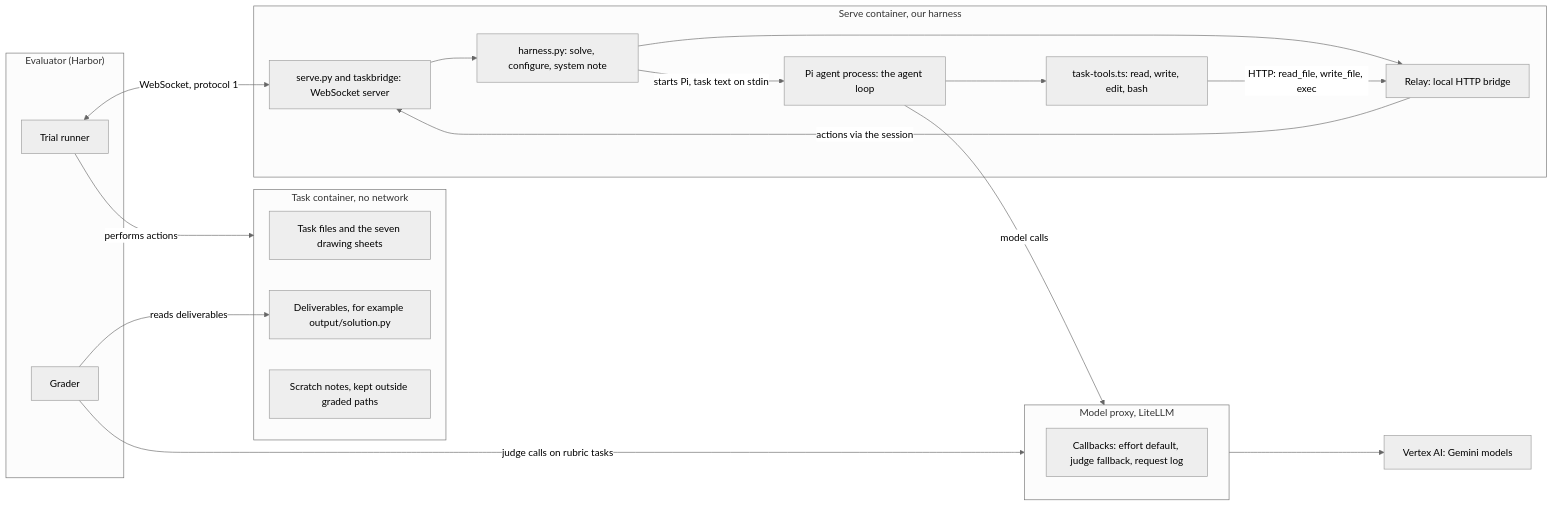
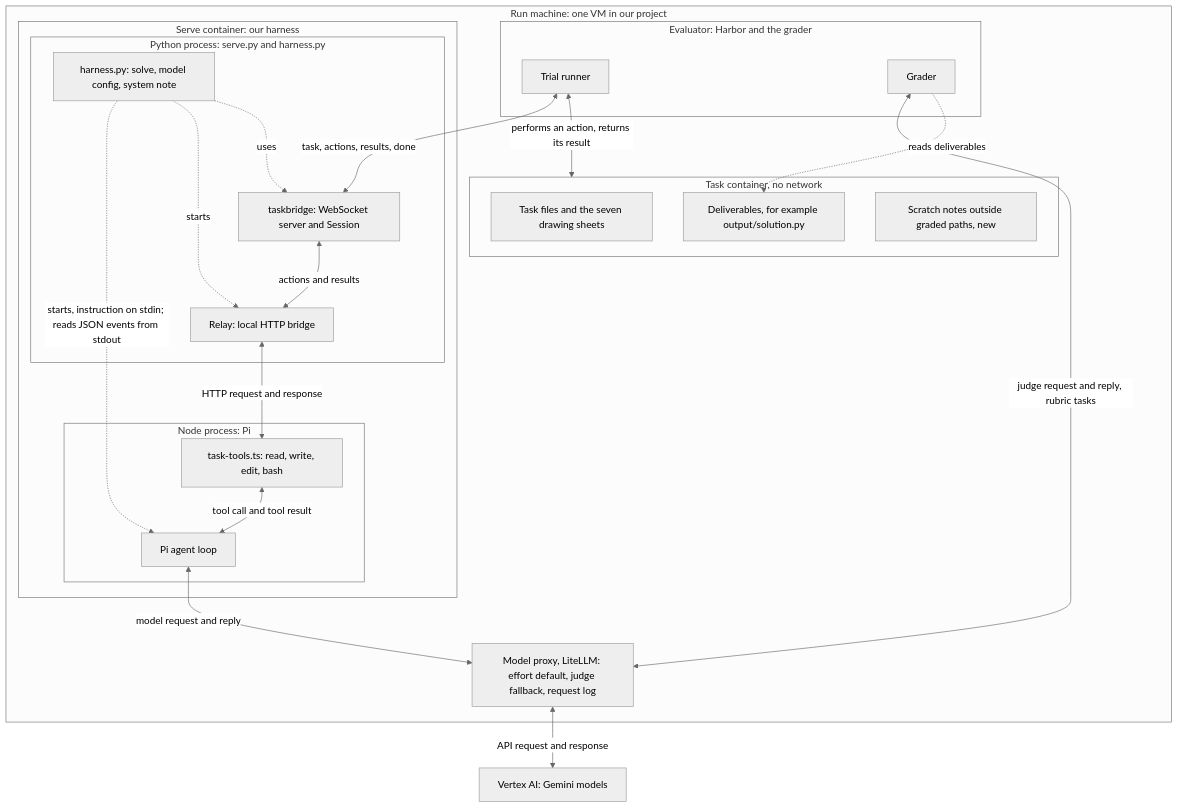
One commit to SophusRosendahl/ple-submission changed the first of 5 diagrams in docs/architecture-rung1.md. Above: the diagram before and after it, drawn with Mermaid (neutral theme). The commit also changed other lines of this file, not shown here.

Commit message:
Rung 1 UML review: request and response shown on every channel (double-headed arrows, legend), cancel path in the sequence, external and config stereotypes in the class diagram, top-down deployment
Claude-Session: https://claude.ai/code/session_01VAXg1Rv3qVZL8ddUfUoGP9

````diff
--- a/docs/architecture-rung1.md
+++ b/docs/architecture-rung1.md
@@ -34,35 +39,39 @@
 ```mermaid
-flowchart LR
-  subgraph EV["Evaluator (Harbor)"]
-    H["Trial runner"]
-    G["Grader"]
-  end
-  subgraph TC["Task container, no network"]
-    FS["Task files and the seven drawing sheets"]
-    OUT["Deliverables, for example output/solution.py"]
-    SCR["Scratch notes, kept outside graded paths"]
-  end
-  subgraph SC["Serve container, our harness"]
-    SV["serve.py and taskbridge: WebSocket server"]
-    HA["harness.py: solve, configure, system note"]
-    RL["Relay: local HTTP bridge"]
-    PI["Pi agent process: the agent loop"]
-    EXT["task-tools.ts: read, write, edit, bash"]
-  end
-  subgraph MP["Model proxy, LiteLLM"]
-    CB["Callbacks: effort default, judge fallback, request log"]
+flowchart TB
+  subgraph VM["Run machine: one VM in our project"]
+    subgraph EV["Evaluator: Harbor and the grader"]
+      H["Trial runner"]
+      G["Grader"]
+    end
+    subgraph TC["Task container, no network"]
+      FS["Task files and the seven drawing sheets"]
+      OUT["Deliverables, for example output/solution.py"]
+      SCR["Scratch notes outside graded paths, new"]
+    end
+    subgraph SC["Serve container: our harness"]
+      subgraph PY["Python process: serve.py and harness.py"]
+        SV["taskbridge: WebSocket server and Session"]
+        HA["harness.py: solve, model config, system note"]
+        RL["Relay: local HTTP bridge"]
+      end
+      subgraph PN["Node process: Pi"]
+        PI["Pi agent loop"]
+        EXT["task-tools.ts: read, write, edit, bash"]
+      end
+    end
+    MP["Model proxy, LiteLLM: effort default, judge fallback, request log"]
   end
   VX["Vertex AI: Gemini models"]
-  H <-->|"WebSocket, protocol 1"| SV
-  SV --> HA
-  HA -->|"starts Pi, task text on stdin"| PI
-  HA --> RL
-  PI --> EXT
-  EXT -->|"HTTP: read_file, write_file, exec"| RL
-  RL -->|"actions via the session"| SV
-  H -->|"performs actions"| TC
-  PI -->|"model calls"| MP
-  MP --> VX
-  G -->|"reads deliverables"| OUT
-  G -->|"judge calls on rubric tasks"| MP
+  H <-->|"task, actions, results, done"| SV
+  SV <-->|"actions and results"| RL
+  RL <-->|"HTTP request and response"| EXT
+  EXT <-->|"tool call and tool result"| PI
+  H <-->|"performs an action, returns its result"| TC
+  PI <-->|"model request and reply"| MP
+  MP <-->|"API request and response"| VX
+  G <-->|"judge request and reply, rubric tasks"| MP
+  G -.->|"reads deliverables"| OUT
+  HA -.->|"starts, instruction on stdin; reads JSON events from stdout"| PI
+  HA -.->|"starts"| RL
+  HA -.->|"uses"| SV
 ```
````
